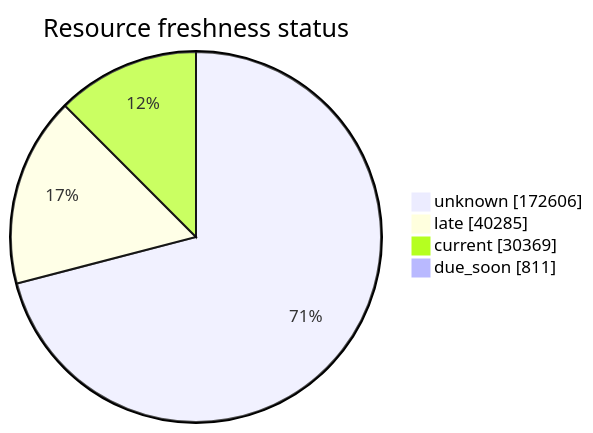
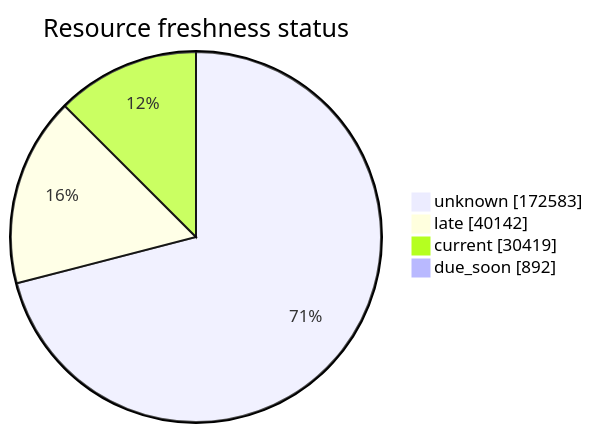
One commit to open-data/analytics-corporate-reporting changed the third of 5 diagrams in FreshCheck/README.md. Above: the diagram before and after it, drawn with Mermaid. The commit also changed other lines of this file and 3 other files, not shown here.

````diff
--- a/FreshCheck/README.md
+++ b/FreshCheck/README.md
@@ -78,7 +78,7 @@
 ```mermaid
 pie showData title Resource freshness status
-    "unknown": 172606
-    "late": 40285
-    "current": 30369
-    "due_soon": 811
+    "unknown": 172583
+    "late": 40142
+    "current": 30419
+    "due_soon": 892
 ```
````
